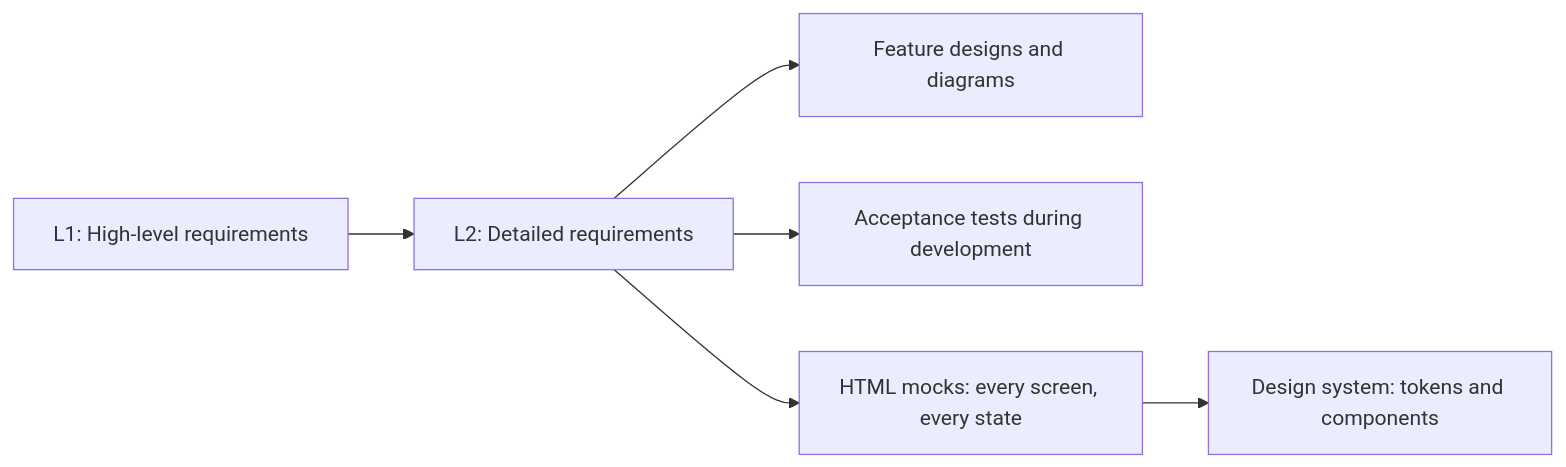
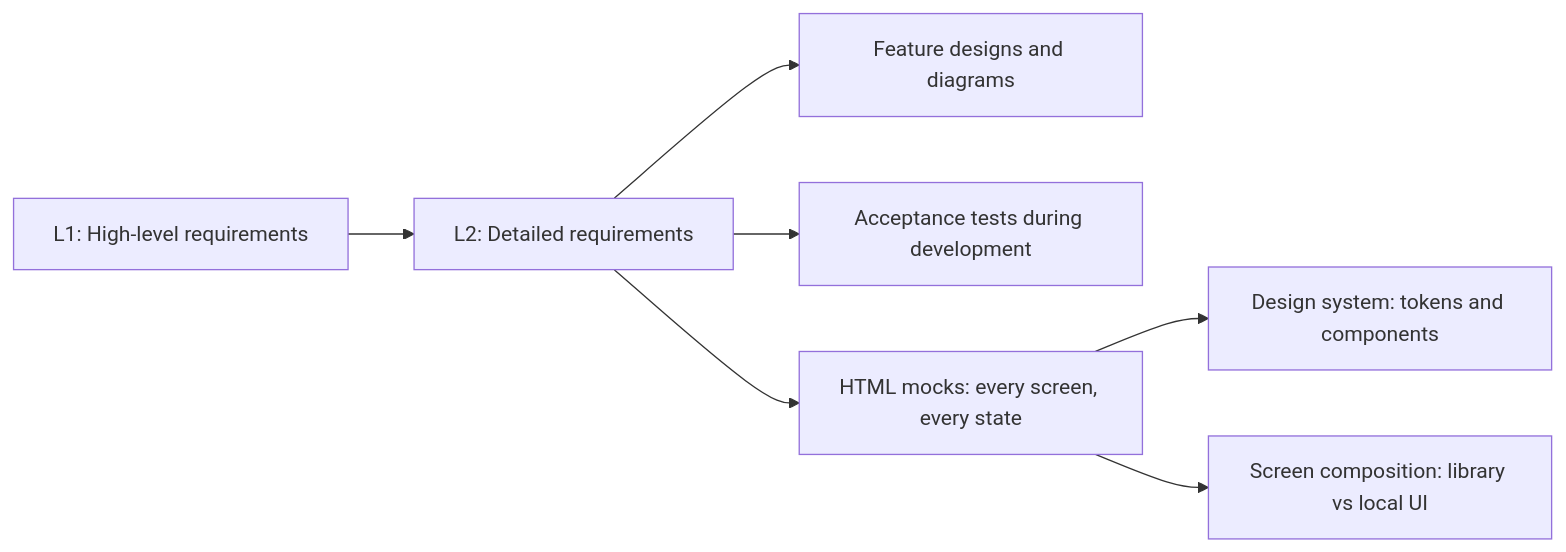
One commit to QuinntyneBrown/agent-toolkit changed the diagram in README.md. Above: the diagram before and after it, drawn with Mermaid. The commit also changed other lines of this file and 8 other files, not shown here.

Commit message:
Add writing-screen-composition skill and bump plugin to 0.6.0

````diff
--- a/README.md
+++ b/README.md
@@ -63,8 +66,9 @@
 ```mermaid
 flowchart LR
     L1["L1: High-level requirements"] --> L2["L2: Detailed requirements"]
     L2 --> Design["Feature designs and diagrams"]
     L2 --> Tests["Acceptance tests during development"]
     L2 --> Mocks["HTML mocks: every screen, every state"]
     Mocks --> DS["Design system: tokens and components"]
+    Mocks --> Comp["Screen composition: library vs local UI"]
 ```
````
